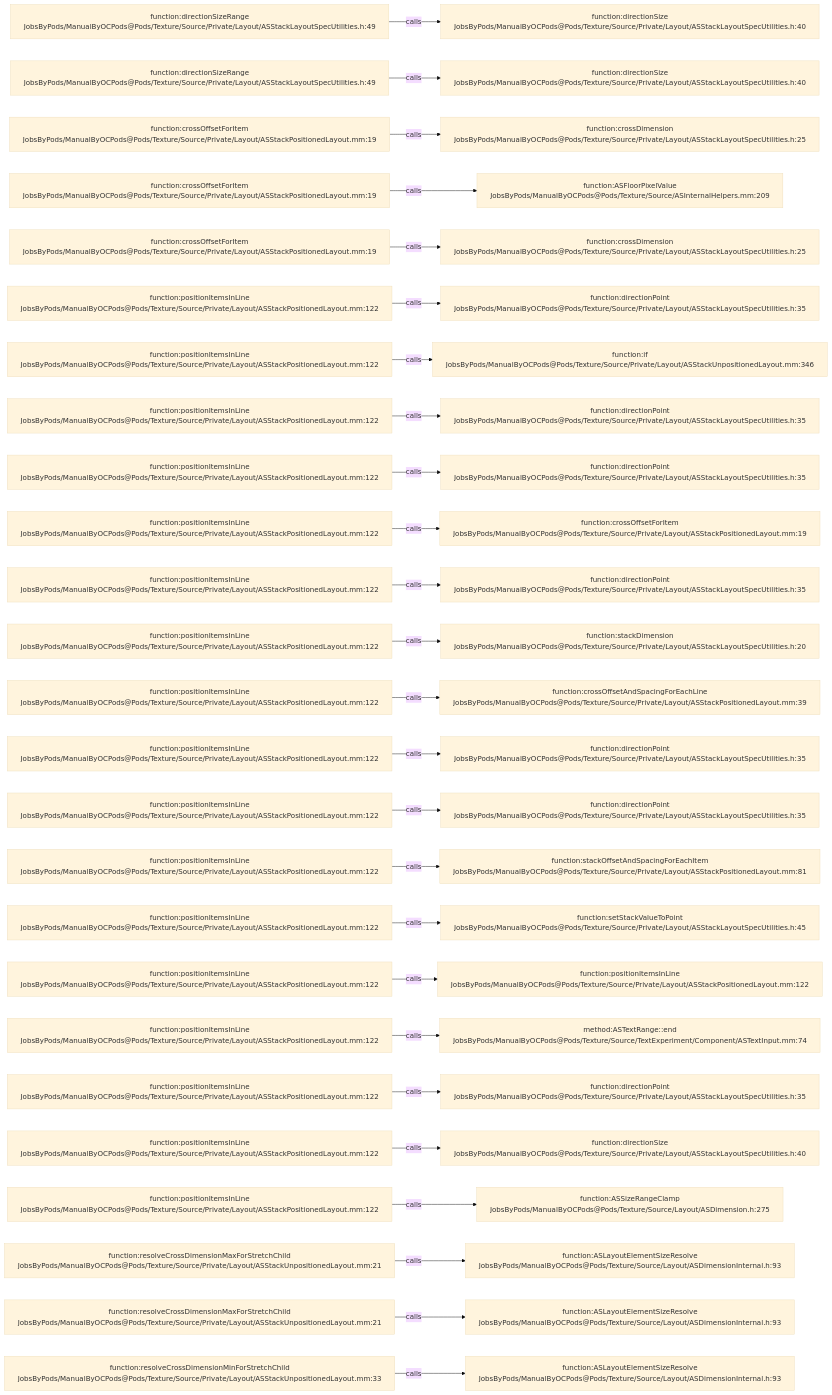
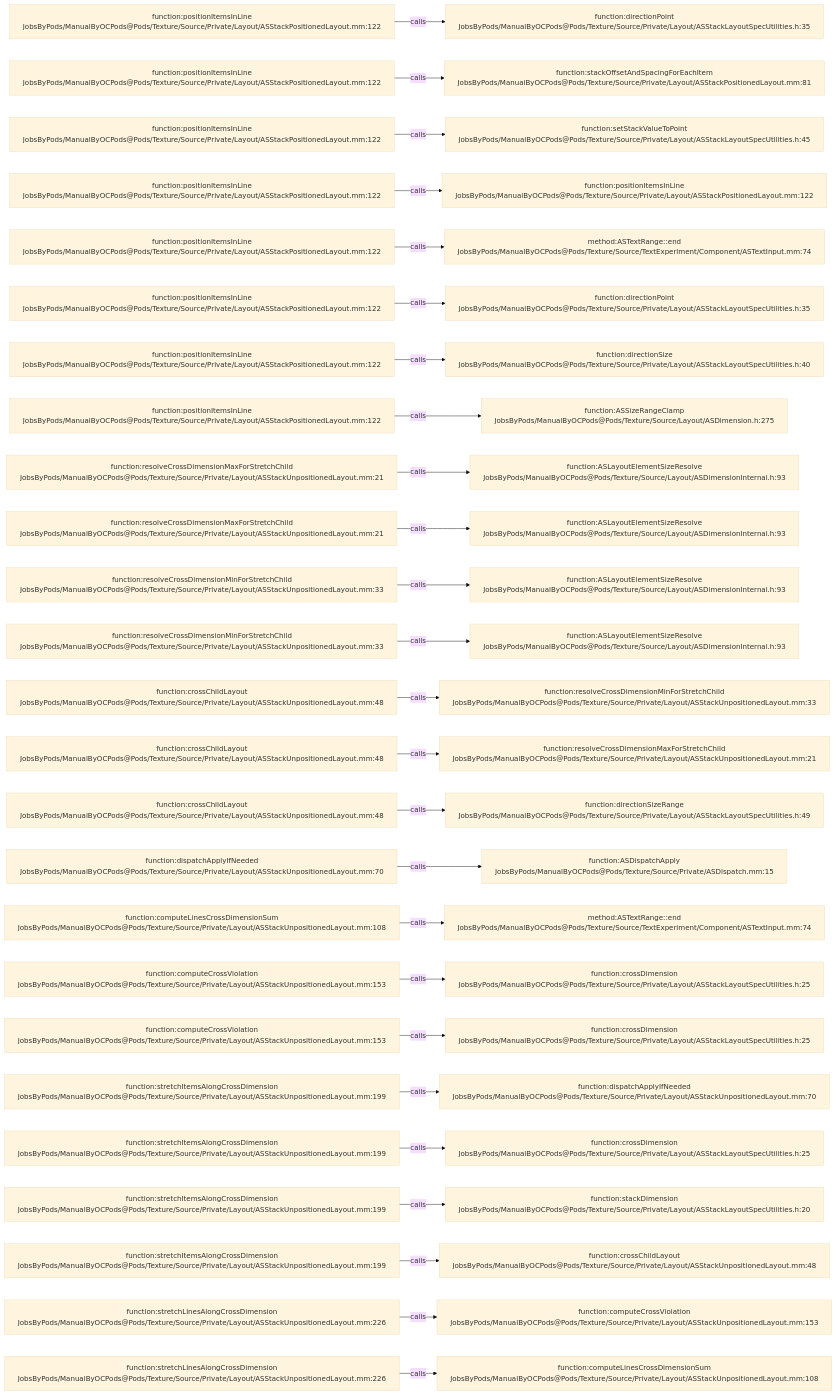
One commit to JobsKits/JobsOCBaseConfigDemo changed the diagram in .codegraph/codegraph.md/graphs/calls-195.md. Above: the diagram before and after it, drawn with Mermaid (base theme). The commit also changed 296 other files, not shown here.

````diff
--- a/.codegraph/codegraph.md/graphs/calls-195.md
+++ b/.codegraph/codegraph.md/graphs/calls-195.md
@@ -13,78 +13,78 @@
 ```mermaid
 flowchart LR
-  S1["function:directionSizeRange<br/>JobsByPods/ManualByOCPods@Pods/Texture/Source/Private/Layout/ASStackLayoutSpecUtilities.h:49"]
-  T1["function:directionSize<br/>JobsByPods/ManualByOCPods@Pods/Texture/Source/Private/Layout/ASStackLayoutSpecUtilities.h:40"]
+  S1["function:positionItemsInLine<br/>JobsByPods/ManualByOCPods@Pods/Texture/Source/Private/Layout/ASStackPositionedLayout.mm:122"]
+  T1["function:directionPoint<br/>JobsByPods/ManualByOCPods@Pods/Texture/Source/Private/Layout/ASStackLayoutSpecUtilities.h:35"]
   S1 -->|calls| T1
-  S2["function:directionSizeRange<br/>JobsByPods/ManualByOCPods@Pods/Texture/Source/Private/Layout/ASStackLayoutSpecUtilities.h:49"]
-  T2["function:directionSize<br/>JobsByPods/ManualByOCPods@Pods/Texture/Source/Private/Layout/ASStackLayoutSpecUtilities.h:40"]
+  S2["function:positionItemsInLine<br/>JobsByPods/ManualByOCPods@Pods/Texture/Source/Private/Layout/ASStackPositionedLayout.mm:122"]
+  T2["function:stackOffsetAndSpacingForEachItem<br/>JobsByPods/ManualByOCPods@Pods/Texture/Source/Private/Layout/ASStackPositionedLayout.mm:81"]
   S2 -->|calls| T2
-  S3["function:crossOffsetForItem<br/>JobsByPods/ManualByOCPods@Pods/Texture/Source/Private/Layout/ASStackPositionedLayout.mm:19"]
-  T3["function:crossDimension<br/>JobsByPods/ManualByOCPods@Pods/Texture/Source/Private/Layout/ASStackLayoutSpecUtilities.h:25"]
+  S3["function:positionItemsInLine<br/>JobsByPods/ManualByOCPods@Pods/Texture/Source/Private/Layout/ASStackPositionedLayout.mm:122"]
+  T3["function:setStackValueToPoint<br/>JobsByPods/ManualByOCPods@Pods/Texture/Source/Private/Layout/ASStackLayoutSpecUtilities.h:45"]
   S3 -->|calls| T3
-  S4["function:crossOffsetForItem<br/>JobsByPods/ManualByOCPods@Pods/Texture/Source/Private/Layout/ASStackPositionedLayout.mm:19"]
-  T4["function:ASFloorPixelValue<br/>JobsByPods/ManualByOCPods@Pods/Texture/Source/ASInternalHelpers.mm:209"]
+  S4["function:positionItemsInLine<br/>JobsByPods/ManualByOCPods@Pods/Texture/Source/Private/Layout/ASStackPositionedLayout.mm:122"]
+  T4["function:positionItemsInLine<br/>JobsByPods/ManualByOCPods@Pods/Texture/Source/Private/Layout/ASStackPositionedLayout.mm:122"]
   S4 -->|calls| T4
-  S5["function:crossOffsetForItem<br/>JobsByPods/ManualByOCPods@Pods/Texture/Source/Private/Layout/ASStackPositionedLayout.mm:19"]
-  T5["function:crossDimension<br/>JobsByPods/ManualByOCPods@Pods/Texture/Source/Private/Layout/ASStackLayoutSpecUtilities.h:25"]
+  S5["function:positionItemsInLine<br/>JobsByPods/ManualByOCPods@Pods/Texture/Source/Private/Layout/ASStackPositionedLayout.mm:122"]
+  T5["method:ASTextRange::end<br/>JobsByPods/ManualByOCPods@Pods/Texture/Source/TextExperiment/Component/ASTextInput.mm:74"]
   S5 -->|calls| T5
   S6["function:positionItemsInLine<br/>JobsByPods/ManualByOCPods@Pods/Texture/Source/Private/Layout/ASStackPositionedLayout.mm:122"]
   T6["function:directionPoint<br/>JobsByPods/ManualByOCPods@Pods/Texture/Source/Private/Layout/ASStackLayoutSpecUtilities.h:35"]
   S6 -->|calls| T6
   S7["function:positionItemsInLine<br/>JobsByPods/ManualByOCPods@Pods/Texture/Source/Private/Layout/ASStackPositionedLayout.mm:122"]
-  T7["function:if<br/>JobsByPods/ManualByOCPods@Pods/Texture/Source/Private/Layout/ASStackUnpositionedLayout.mm:346"]
+  T7["function:directionSize<br/>JobsByPods/ManualByOCPods@Pods/Texture/Source/Private/Layout/ASStackLayoutSpecUtilities.h:40"]
   S7 -->|calls| T7
   S8["function:positionItemsInLine<br/>JobsByPods/ManualByOCPods@Pods/Texture/Source/Private/Layout/ASStackPositionedLayout.mm:122"]
-  T8["function:directionPoint<br/>JobsByPods/ManualByOCPods@Pods/Texture/Source/Private/Layout/ASStackLayoutSpecUtilities.h:35"]
+  T8["function:ASSizeRangeClamp<br/>JobsByPods/ManualByOCPods@Pods/Texture/Source/Layout/ASDimension.h:275"]
   S8 -->|calls| T8
-  S9["function:positionItemsInLine<br/>JobsByPods/ManualByOCPods@Pods/Texture/Source/Private/Layout/ASStackPositionedLayout.mm:122"]
-  T9["function:directionPoint<br/>JobsByPods/ManualByOCPods@Pods/Texture/Source/Private/Layout/ASStackLayoutSpecUtilities.h:35"]
+  S9["function:resolveCrossDimensionMaxForStretchChild<br/>JobsByPods/ManualByOCPods@Pods/Texture/Source/Private/Layout/ASStackUnpositionedLayout.mm:21"]
+  T9["function:ASLayoutElementSizeResolve<br/>JobsByPods/ManualByOCPods@Pods/Texture/Source/Layout/ASDimensionInternal.h:93"]
   S9 -->|calls| T9
-  S10["function:positionItemsInLine<br/>JobsByPods/ManualByOCPods@Pods/Texture/Source/Private/Layout/ASStackPositionedLayout.mm:122"]
-  T10["function:crossOffsetForItem<br/>JobsByPods/ManualByOCPods@Pods/Texture/Source/Private/Layout/ASStackPositionedLayout.mm:19"]
+  S10["function:resolveCrossDimensionMaxForStretchChild<br/>JobsByPods/ManualByOCPods@Pods/Texture/Source/Private/Layout/ASStackUnpositionedLayout.mm:21"]
+  T10["function:ASLayoutElementSizeResolve<br/>JobsByPods/ManualByOCPods@Pods/Texture/Source/Layout/ASDimensionInternal.h:93"]
   S10 -->|calls| T10
-  S11["function:positionItemsInLine<br/>JobsByPods/ManualByOCPods@Pods/Texture/Source/Private/Layout/ASStackPositionedLayout.mm:122"]
-  T11["function:directionPoint<br/>JobsByPods/ManualByOCPods@Pods/Texture/Source/Private/Layout/ASStackLayoutSpecUtilities.h:35"]
+  S11["function:resolveCrossDimensionMinForStretchChild<br/>JobsByPods/ManualByOCPods@Pods/Texture/Source/Private/Layout/ASStackUnpositionedLayout.mm:33"]
+  T11["function:ASLayoutElementSizeResolve<br/>JobsByPods/ManualByOCPods@Pods/Texture/Source/Layout/ASDimensionInternal.h:93"]
   S11 -->|calls| T11
-  S12["function:positionItemsInLine<br/>JobsByPods/ManualByOCPods@Pods/Texture/Source/Private/Layout/ASStackPositionedLayout.mm:122"]
-  T12["function:stackDimension<br/>JobsByPods/ManualByOCPods@Pods/Texture/Source/Private/Layout/ASStackLayoutSpecUtilities.h:20"]
+  S12["function:resolveCrossDimensionMinForStretchChild<br/>JobsByPods/ManualByOCPods@Pods/Texture/Source/Private/Layout/ASStackUnpositionedLayout.mm:33"]
+  T12["function:ASLayoutElementSizeResolve<br/>JobsByPods/ManualByOCPods@Pods/Texture/Source/Layout/ASDimensionInternal.h:93"]
   S12 -->|calls| T12
-  S13["function:positionItemsInLine<br/>JobsByPods/ManualByOCPods@Pods/Texture/Source/Private/Layout/ASStackPositionedLayout.mm:122"]
-  T13["function:crossOffsetAndSpacingForEachLine<br/>JobsByPods/ManualByOCPods@Pods/Texture/Source/Private/Layout/ASStackPositionedLayout.mm:39"]
+  S13["function:crossChildLayout<br/>JobsByPods/ManualByOCPods@Pods/Texture/Source/Private/Layout/ASStackUnpositionedLayout.mm:48"]
+  T13["function:resolveCrossDimensionMinForStretchChild<br/>JobsByPods/ManualByOCPods@Pods/Texture/Source/Private/Layout/ASStackUnpositionedLayout.mm:33"]
   S13 -->|calls| T13
-  S14["function:positionItemsInLine<br/>JobsByPods/ManualByOCPods@Pods/Texture/Source/Private/Layout/ASStackPositionedLayout.mm:122"]
-  T14["function:directionPoint<br/>JobsByPods/ManualByOCPods@Pods/Texture/Source/Private/Layout/ASStackLayoutSpecUtilities.h:35"]
+  S14["function:crossChildLayout<br/>JobsByPods/ManualByOCPods@Pods/Texture/Source/Private/Layout/ASStackUnpositionedLayout.mm:48"]
+  T14["function:resolveCrossDimensionMaxForStretchChild<br/>JobsByPods/ManualByOCPods@Pods/Texture/Source/Private/Layout/ASStackUnpositionedLayout.mm:21"]
   S14 -->|calls| T14
-  S15["function:positionItemsInLine<br/>JobsByPods/ManualByOCPods@Pods/Texture/Source/Private/Layout/ASStackPositionedLayout.mm:122"]
-  T15["function:directionPoint<br/>JobsByPods/ManualByOCPods@Pods/Texture/Source/Private/Layout/ASStackLayoutSpecUtilities.h:35"]
+  S15["function:crossChildLayout<br/>JobsByPods/ManualByOCPods@Pods/Texture/Source/Private/Layout/ASStackUnpositionedLayout.mm:48"]
+  T15["function:directionSizeRange<br/>JobsByPods/ManualByOCPods@Pods/Texture/Source/Private/Layout/ASStackLayoutSpecUtilities.h:49"]
   S15 -->|calls| T15
-  S16["function:positionItemsInLine<br/>JobsByPods/ManualByOCPods@Pods/Texture/Source/Private/Layout/ASStackPositionedLayout.mm:122"]
-  T16["function:stackOffsetAndSpacingForEachItem<br/>JobsByPods/ManualByOCPods@Pods/Texture/Source/Private/Layout/ASStackPositionedLayout.mm:81"]
+  S16["function:dispatchApplyIfNeeded<br/>JobsByPods/ManualByOCPods@Pods/Texture/Source/Private/Layout/ASStackUnpositionedLayout.mm:70"]
+  T16["function:ASDispatchApply<br/>JobsByPods/ManualByOCPods@Pods/Texture/Source/Private/ASDispatch.mm:15"]
   S16 -->|calls| T16
-  S17["function:positionItemsInLine<br/>JobsByPods/ManualByOCPods@Pods/Texture/Source/Private/Layout/ASStackPositionedLayout.mm:122"]
-  T17["function:setStackValueToPoint<br/>JobsByPods/ManualByOCPods@Pods/Texture/Source/Private/Layout/ASStackLayoutSpecUtilities.h:45"]
+  S17["function:computeLinesCrossDimensionSum<br/>JobsByPods/ManualByOCPods@Pods/Texture/Source/Private/Layout/ASStackUnpositionedLayout.mm:108"]
+  T17["method:ASTextRange::end<br/>JobsByPods/ManualByOCPods@Pods/Texture/Source/TextExperiment/Component/ASTextInput.mm:74"]
   S17 -->|calls| T17
-  S18["function:positionItemsInLine<br/>JobsByPods/ManualByOCPods@Pods/Texture/Source/Private/Layout/ASStackPositionedLayout.mm:122"]
-  T18["function:positionItemsInLine<br/>JobsByPods/ManualByOCPods@Pods/Texture/Source/Private/Layout/ASStackPositionedLayout.mm:122"]
+  S18["function:computeCrossViolation<br/>JobsByPods/ManualByOCPods@Pods/Texture/Source/Private/Layout/ASStackUnpositionedLayout.mm:153"]
+  T18["function:crossDimension<br/>JobsByPods/ManualByOCPods@Pods/Texture/Source/Private/Layout/ASStackLayoutSpecUtilities.h:25"]
   S18 -->|calls| T18
-  S19["function:positionItemsInLine<br/>JobsByPods/ManualByOCPods@Pods/Texture/Source/Private/Layout/ASStackPositionedLayout.mm:122"]
-  T19["method:ASTextRange::end<br/>JobsByPods/ManualByOCPods@Pods/Texture/Source/TextExperiment/Component/ASTextInput.mm:74"]
+  S19["function:computeCrossViolation<br/>JobsByPods/ManualByOCPods@Pods/Texture/Source/Private/Layout/ASStackUnpositionedLayout.mm:153"]
+  T19["function:crossDimension<br/>JobsByPods/ManualByOCPods@Pods/Texture/Source/Private/Layout/ASStackLayoutSpecUtilities.h:25"]
   S19 -->|calls| T19
-  S20["function:positionItemsInLine<br/>JobsByPods/ManualByOCPods@Pods/Texture/Source/Private/Layout/ASStackPositionedLayout.mm:122"]
-  T20["function:directionPoint<br/>JobsByPods/ManualByOCPods@Pods/Texture/Source/Private/Layout/ASStackLayoutSpecUtilities.h:35"]
+  S20["function:stretchItemsAlongCrossDimension<br/>JobsByPods/ManualByOCPods@Pods/Texture/Source/Private/Layout/ASStackUnpositionedLayout.mm:199"]
+  T20["function:dispatchApplyIfNeeded<br/>JobsByPods/ManualByOCPods@Pods/Texture/Source/Private/Layout/ASStackUnpositionedLayout.mm:70"]
   S20 -->|calls| T20
-  S21["function:positionItemsInLine<br/>JobsByPods/ManualByOCPods@Pods/Texture/Source/Private/Layout/ASStackPositionedLayout.mm:122"]
-  T21["function:directionSize<br/>JobsByPods/ManualByOCPods@Pods/Texture/Source/Private/Layout/ASStackLayoutSpecUtilities.h:40"]
+  S21["function:stretchItemsAlongCrossDimension<br/>JobsByPods/ManualByOCPods@Pods/Texture/Source/Private/Layout/ASStackUnpositionedLayout.mm:199"]
+  T21["function:crossDimension<br/>JobsByPods/ManualByOCPods@Pods/Texture/Source/Private/Layout/ASStackLayoutSpecUtilities.h:25"]
   S21 -->|calls| T21
-  S22["function:positionItemsInLine<br/>JobsByPods/ManualByOCPods@Pods/Texture/Source/Private/Layout/ASStackPositionedLayout.mm:122"]
-  T22["function:ASSizeRangeClamp<br/>JobsByPods/ManualByOCPods@Pods/Texture/Source/Layout/ASDimension.h:275"]
+  S22["function:stretchItemsAlongCrossDimension<br/>JobsByPods/ManualByOCPods@Pods/Texture/Source/Private/Layout/ASStackUnpositionedLayout.mm:199"]
+  T22["function:stackDimension<br/>JobsByPods/ManualByOCPods@Pods/Texture/Source/Private/Layout/ASStackLayoutSpecUtilities.h:20"]
   S22 -->|calls| T22
-  S23["function:resolveCrossDimensionMaxForStretchChild<br/>JobsByPods/ManualByOCPods@Pods/Texture/Source/Private/Layout/ASStackUnpositionedLayout.mm:21"]
-  T23["function:ASLayoutElementSizeResolve<br/>JobsByPods/ManualByOCPods@Pods/Texture/Source/Layout/ASDimensionInternal.h:93"]
+  S23["function:stretchItemsAlongCrossDimension<br/>JobsByPods/ManualByOCPods@Pods/Texture/Source/Private/Layout/ASStackUnpositionedLayout.mm:199"]
+  T23["function:crossChildLayout<br/>JobsByPods/ManualByOCPods@Pods/Texture/Source/Private/Layout/ASStackUnpositionedLayout.mm:48"]
   S23 -->|calls| T23
-  S24["function:resolveCrossDimensionMaxForStretchChild<br/>JobsByPods/ManualByOCPods@Pods/Texture/Source/Private/Layout/ASStackUnpositionedLayout.mm:21"]
-  T24["function:ASLayoutElementSizeResolve<br/>JobsByPods/ManualByOCPods@Pods/Texture/Source/Layout/ASDimensionInternal.h:93"]
+  S24["function:stretchLinesAlongCrossDimension<br/>JobsByPods/ManualByOCPods@Pods/Texture/Source/Private/Layout/ASStackUnpositionedLayout.mm:226"]
+  T24["function:computeCrossViolation<br/>JobsByPods/ManualByOCPods@Pods/Texture/Source/Private/Layout/ASStackUnpositionedLayout.mm:153"]
   S24 -->|calls| T24
-  S25["function:resolveCrossDimensionMinForStretchChild<br/>JobsByPods/ManualByOCPods@Pods/Texture/Source/Private/Layout/ASStackUnpositionedLayout.mm:33"]
-  T25["function:ASLayoutElementSizeResolve<br/>JobsByPods/ManualByOCPods@Pods/Texture/Source/Layout/ASDimensionInternal.h:93"]
+  S25["function:stretchLinesAlongCrossDimension<br/>JobsByPods/ManualByOCPods@Pods/Texture/Source/Private/Layout/ASStackUnpositionedLayout.mm:226"]
+  T25["function:computeLinesCrossDimensionSum<br/>JobsByPods/ManualByOCPods@Pods/Texture/Source/Private/Layout/ASStackUnpositionedLayout.mm:108"]
   S25 -->|calls| T25
 ```
````
